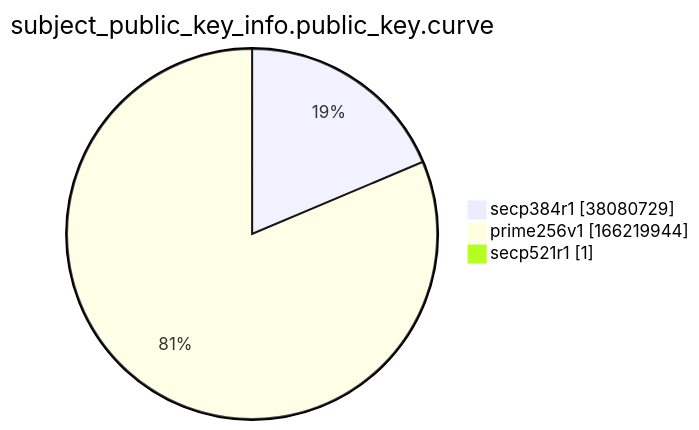
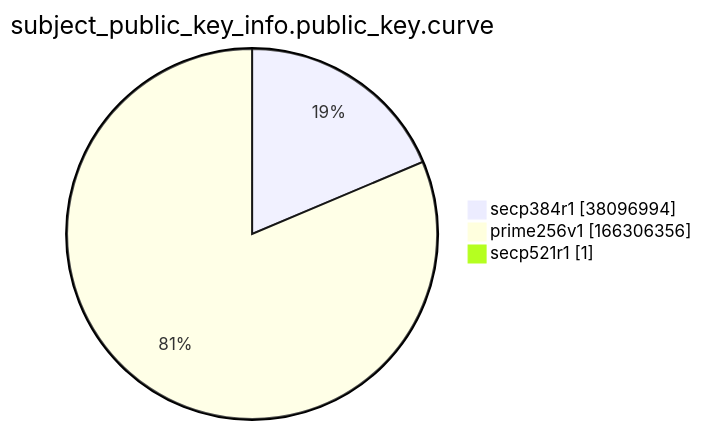
One commit to christiankrug/ctmonitor_visualization changed the ninth of 15 diagrams in argon2022/README.md. Above: the diagram before and after it, drawn with Mermaid. The commit also changed other lines of this file, not shown here.

````diff
--- a/argon2022/README.md
+++ b/argon2022/README.md
@@ -2766,7 +2766,7 @@
 ```mermaid
 pie showData
 title subject_public_key_info.public_key.curve
-"secp384r1" :38080729
-"prime256v1" :166219944
+"secp384r1" :38096994
+"prime256v1" :166306356
 "secp521r1" :1
 ```
````
